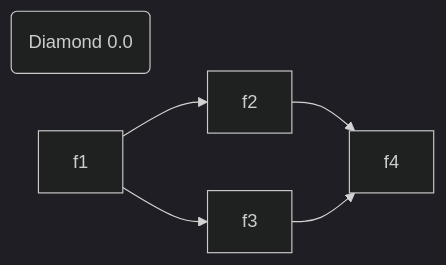
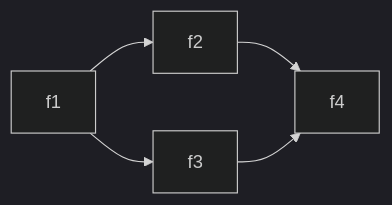
One commit to fsackur/WhoCalled changed the first of 3 diagrams in Tests/Assets/mermaid.md. Above: the diagram before and after it, drawn with Mermaid (dark theme). The commit also changed other lines of this file and 2 other files, not shown here.

````diff
--- a/Tests/Assets/mermaid.md
+++ b/Tests/Assets/mermaid.md
@@ -9,8 +9,7 @@
 ```mermaid
 graph LR;
-    Module1(Diamond 0.0);
     f1-->f2;
     f1-->f3;
     f2-->f4;
     f3-->f4;
 ```
````
